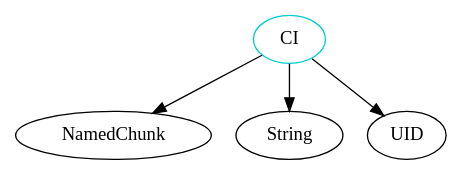
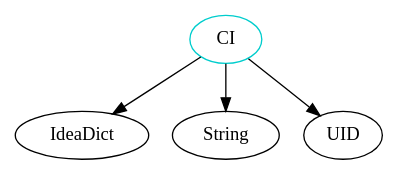
The diagram in analysis/TypeDependencyGraphs/lang/CI.dot (JacquesCarette/Drasil), drawn with Graphviz before and after one commit. The commit also changed 750 other files, not shown here.

```diff
--- a/analysis/TypeDependencyGraphs/lang/CI.dot
+++ b/analysis/TypeDependencyGraphs/lang/CI.dot
@@ -1,6 +1,6 @@
 digraph ci{
 CI	[shape=oval, color=cyan3, label="CI"];
-CI -> NamedChunk;
+CI -> IdeaDict;
 CI -> String;
 CI -> UID;
 }
```
